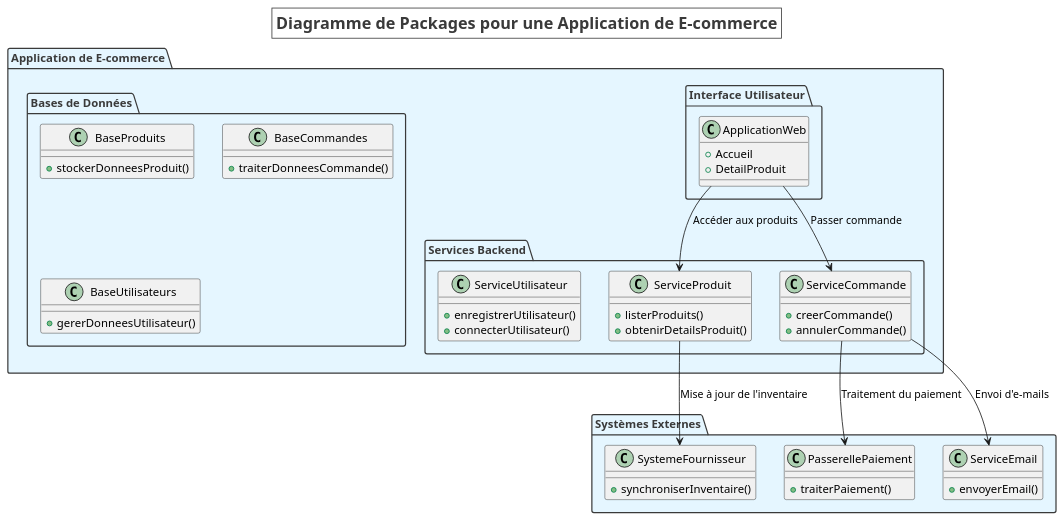
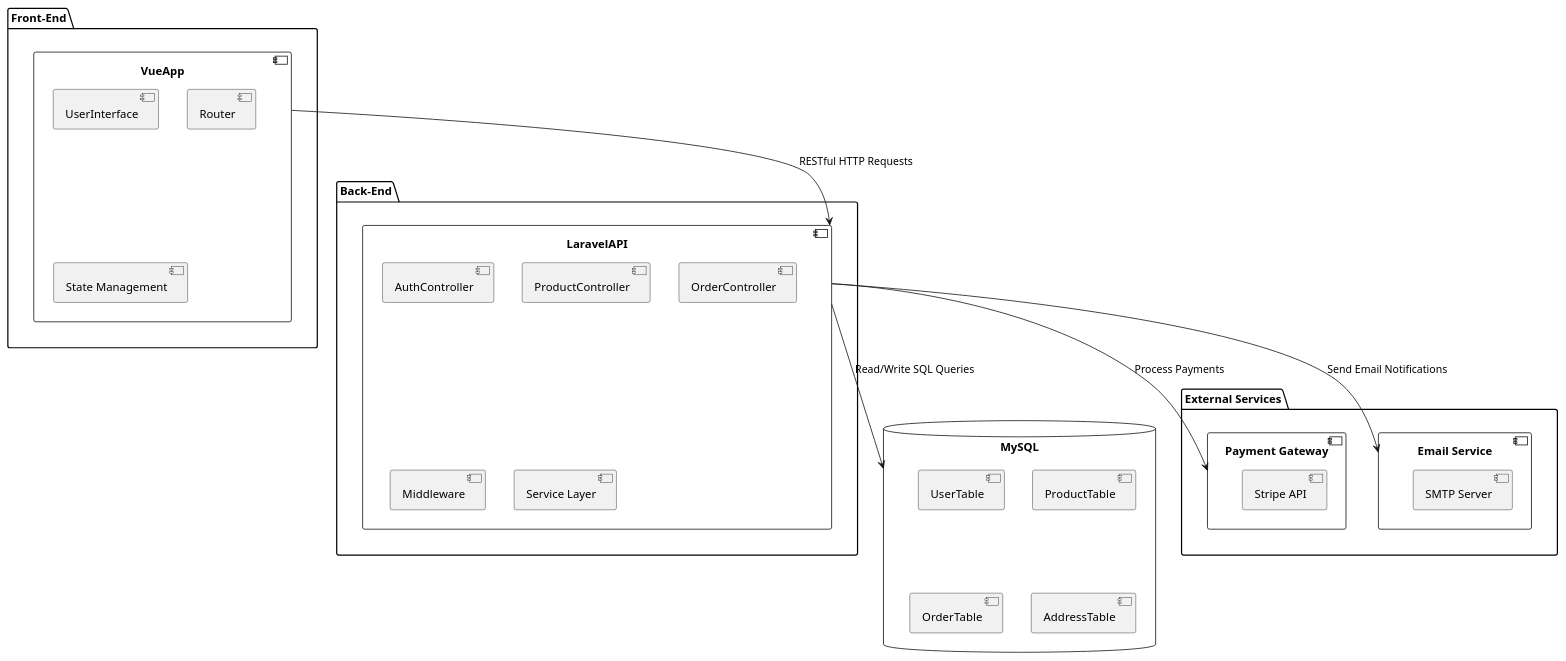
One commit to GEVIC21/Soutenance_documents changed the diagram in DiagramPackage.puml. Above: the diagram before and after it, drawn with PlantUML. The commit also changed 19 other files, not shown here.

```diff
--- a/DiagramPackage.puml
+++ b/DiagramPackage.puml
@@ -1,75 +1,43 @@
 @startuml
 
-title Diagramme de Packages pour une Application de E-commerce
-skinparam titleFontSize 20
-skinparam titleFontColor #3A3A3A
-skinparam titleBorderColor #3A3A3A
-
-' Définition des couleurs de fond et des bordures
-skinparam package {
-    BackgroundColor #E5F6FF
-    BorderColor #3A3A3A
-    FontSize 14
-    FontColor #3A3A3A
-}
-
-' Définition des composants internes
-package "Application de E-commerce" {
-
-    package "Interface Utilisateur" {
-        class ApplicationWeb {
-            + Accueil
-            + DetailProduit
-        }
-
-    }
-
-    package "Services Backend" {
-        class ServiceProduit {
-            + listerProduits()
-            + obtenirDetailsProduit()
-        }
-        class ServiceCommande {
-            + creerCommande()
-            + annulerCommande()
-        }
-        class ServiceUtilisateur {
-            + enregistrerUtilisateur()
-            + connecterUtilisateur()
-        }
-    }
-
-    package "Bases de Données" {
-        class BaseProduits {
-            + stockerDonneesProduit()
-        }
-        class BaseCommandes {
-            + traiterDonneesCommande()
-        }
-        class BaseUtilisateurs {
-            + gererDonneesUtilisateur()
-        }
+package "Front-End" {
+    component VueApp {
+        [UserInterface]
+        [Router]
+        [State Management]
     }
 }
 
-' Définition des systèmes externes
-package "Systèmes Externes" {
-    class PasserellePaiement {
-        + traiterPaiement()
-    }
-    class SystemeFournisseur {
-        + synchroniserInventaire()
-    }
-    class ServiceEmail {
-        + envoyerEmail()
+package "Back-End" {
+    component LaravelAPI {
+        [AuthController]
+        [ProductController]
+        [OrderController]
+        [Middleware]
+        [Service Layer]
     }
 }
 
-' Connexions
-ApplicationWeb --> ServiceProduit : "Accéder aux produits"
-ApplicationWeb --> ServiceCommande : "Passer commande"
-ServiceCommande --> PasserellePaiement : "Traitement du paiement"
-ServiceProduit --> SystemeFournisseur : "Mise à jour de l'inventaire"
-ServiceCommande --> ServiceEmail : "Envoi d'e-mails"
+database MySQL {
+    [UserTable]
+    [ProductTable]
+    [OrderTable]
+    [AddressTable]
+}
+
+package "External Services" {
+    component "Payment Gateway" {
+        [Stripe API]
+    }
+    component "Email Service" {
+        [SMTP Server]
+    }
+}
+
+' Connexions et interactions
+VueApp --> LaravelAPI : "RESTful HTTP Requests"
+LaravelAPI --> MySQL : "Read/Write SQL Queries"
+LaravelAPI --> "Payment Gateway" : "Process Payments"
+LaravelAPI --> "Email Service" : "Send Email Notifications"
 
 @enduml
```
